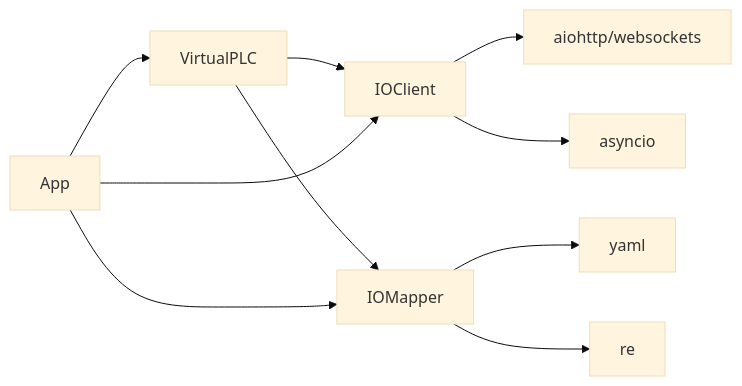
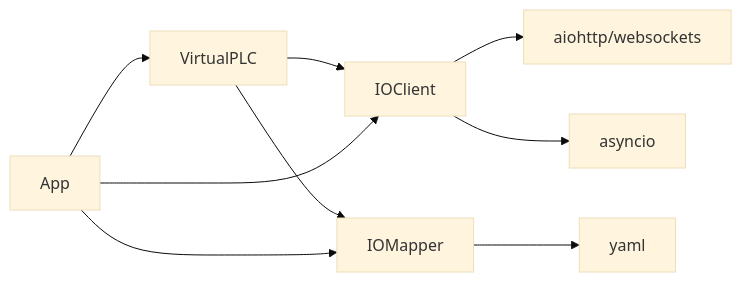
Before and after one commit to xmb505/Haku_EET: the seventh of 7 diagrams in .qoder/repowiki/zh/content/脑干模块.md, drawn with Mermaid (base theme). The commit also changed other lines of this file and 10 other files, not shown here.

````diff
--- a/.qoder/repowiki/zh/content/脑干模块.md
+++ b/.qoder/repowiki/zh/content/脑干模块.md
@@ -272,12 +284,11 @@
 ```mermaid
 graph LR
 IO["IOClient"] --> NET["aiohttp/websockets"]
 IO --> ASYNC["asyncio"]
 MAP["IOMapper"] --> YAML["yaml"]
-MAP --> RE["re"]
 VPLC["VirtualPLC"] --> IO
 VPLC --> MAP
 APP["App"] --> IO
 APP --> MAP
 APP --> VPLC
 ```
````
